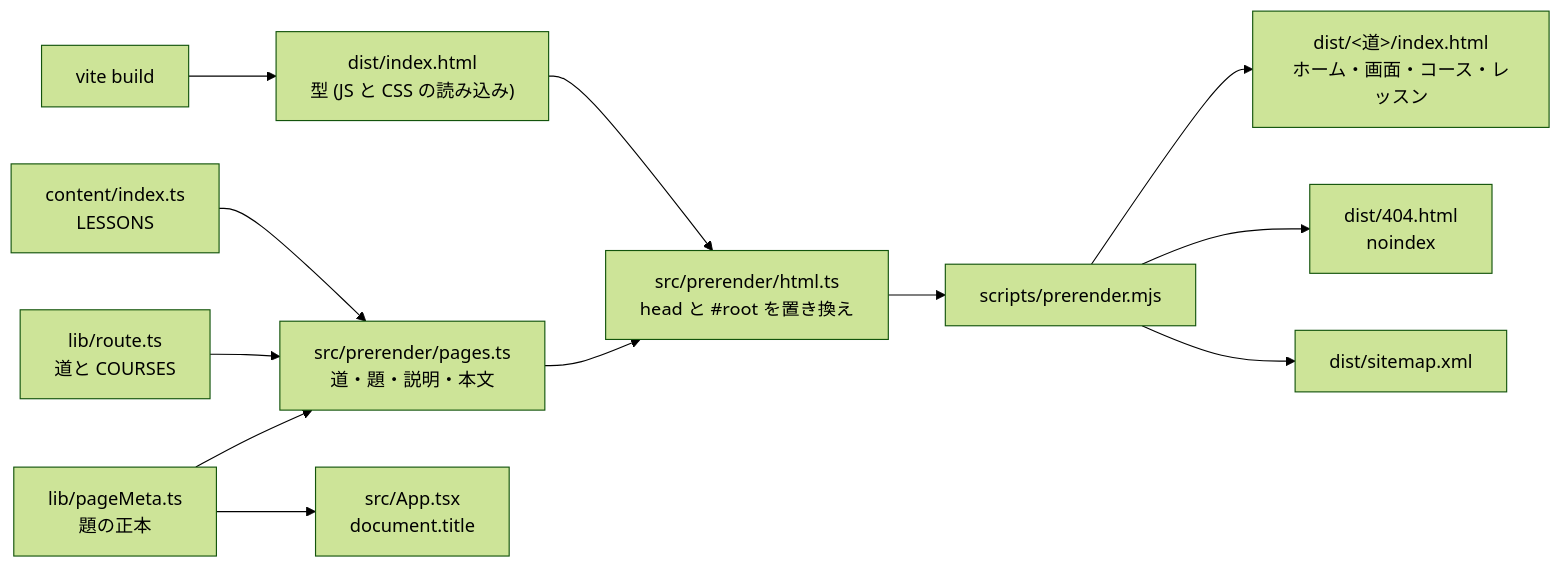
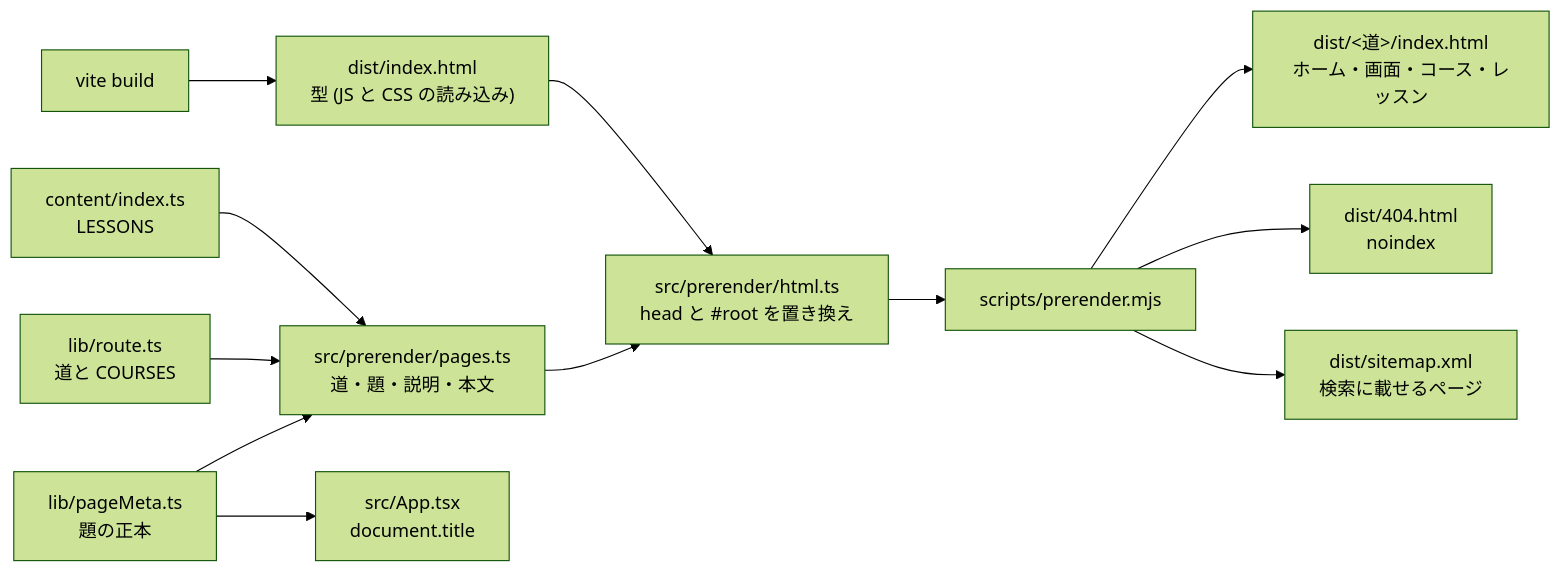
The third of 3 diagrams in README.md (maco165/gantlo), drawn with Mermaid (forest theme) before and after one commit. The commit also changed other lines of this file and 5 other files, not shown here.

````diff
--- a/README.md
+++ b/README.md
@@ -82,14 +82,14 @@
 ```mermaid
 flowchart LR
   build["vite build"] --> tpl["dist/index.html<br/>型 (JS と CSS の読み込み)"]
   content["content/index.ts<br/>LESSONS"] --> pages["src/prerender/pages.ts<br/>道・題・説明・本文"]
   route["lib/route.ts<br/>道と COURSES"] --> pages
   meta["lib/pageMeta.ts<br/>題の正本"] --> pages
   meta --> app["src/App.tsx<br/>document.title"]
   tpl --> html["src/prerender/html.ts<br/>head と #root を置き換え"]
   pages --> html
   html --> pre["scripts/prerender.mjs"]
   pre --> out["dist/#lt;道#gt;/index.html<br/>ホーム・画面・コース・レッスン"]
   pre --> nf["dist/404.html<br/>noindex"]
-  pre --> sm["dist/sitemap.xml"]
+  pre --> sm["dist/sitemap.xml<br/>検索に載せるページ"]
 ```
````
